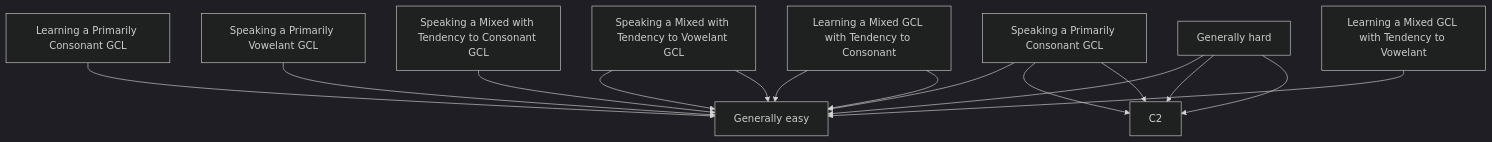
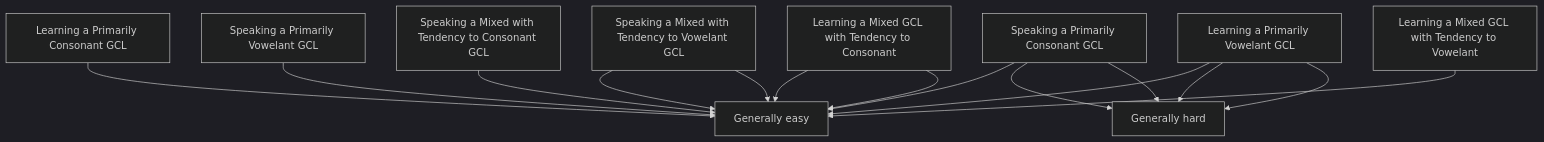
Before and after one commit to bendqh1/mermaid: the diagram in general_communication_languages_categorization_for_learning.md, drawn with Mermaid (dark theme).

````diff
--- a/general_communication_languages_categorization_for_learning.md
+++ b/general_communication_languages_categorization_for_learning.md
@@ -14,27 +14,27 @@
 ```mermaid
 flowchart TD
 
   A1[Speaking a Primarily Consonant GCL]
   A2[Speaking a Primarily Vowelant GCL]
   A3[Speaking a Mixed with Tendency to Consonant GCL]
   A4[Speaking a Mixed with Tendency to Vowelant GCL]
 
   B1[Learning a Primarily Consonant GCL]
   B2[Learning a Primarily Vowelant GCL]
   B3[Learning a Mixed GCL with Tendency to Consonant]
   B4[Learning a Mixed GCL with Tendency to Vowelant]
 
   C1[Generally easy]
-  B2[Generally hard]
+  C2[Generally hard]
   
   A1 & B1 --> C1
   A2 & B2 --> C1
 
   A1 & B2 --> C2
   B2 & A1 --> C2
 
   A3 & B3 --> C1
   A4 & A4 --> C1
 
   B3 & B4 --> C1
 ```
````
